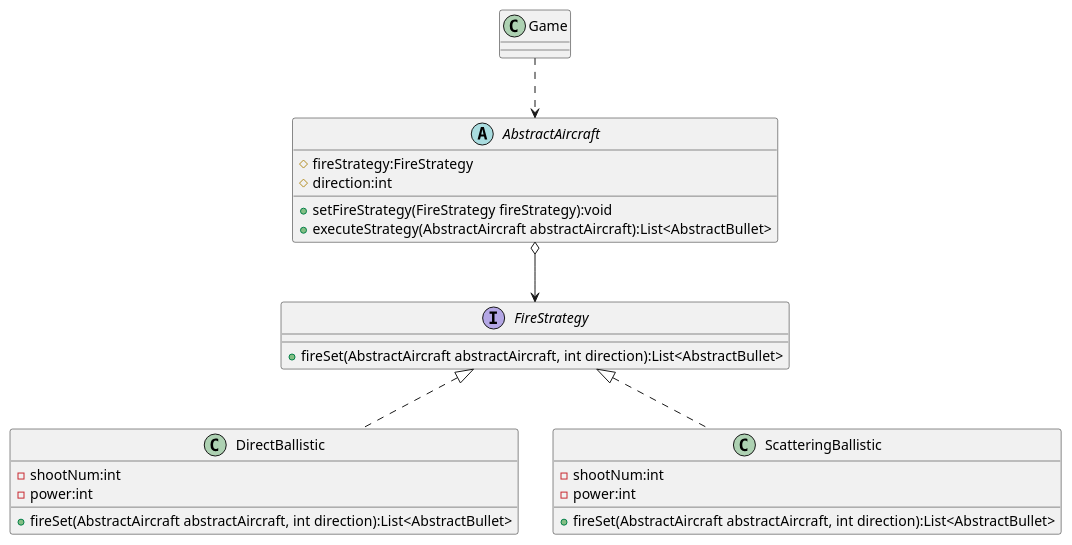
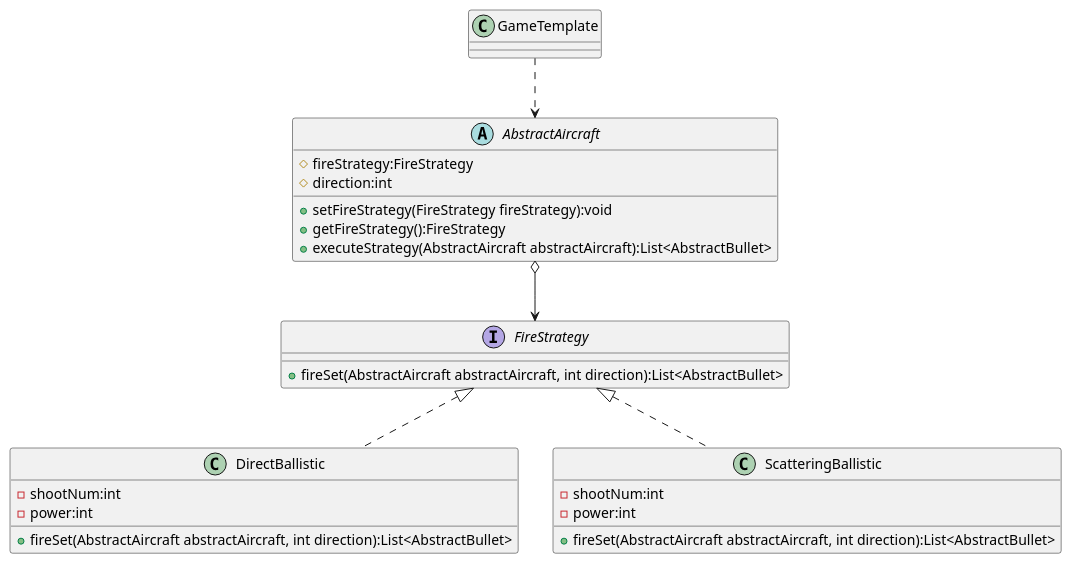
The diagram in uml/FireStrategy.puml (Straho-Chen/AircraftWar-base), drawn with PlantUML before and after one commit. The commit also changed 35 other files, not shown here.

```diff
--- a/uml/FireStrategy.puml
+++ b/uml/FireStrategy.puml
@@ -1,37 +1,38 @@
 @startuml
 'https://plantuml.com/class-diagram
 
-class Game {
+class GameTemplate {
 }
 
 interface FireStrategy {
     + fireSet(AbstractAircraft abstractAircraft, int direction):List<AbstractBullet>
 }
 
 Abstract class AbstractAircraft {
     # fireStrategy:FireStrategy
     # direction:int
     + setFireStrategy(FireStrategy fireStrategy):void
+    + getFireStrategy():FireStrategy
     + executeStrategy(AbstractAircraft abstractAircraft):List<AbstractBullet>
 }
 
 class DirectBallistic {
     - shootNum:int
     - power:int
     + fireSet(AbstractAircraft abstractAircraft, int direction):List<AbstractBullet>
 }
 
 class ScatteringBallistic {
     - shootNum:int
     - power:int
     + fireSet(AbstractAircraft abstractAircraft, int direction):List<AbstractBullet>
 }
 
-Game ..> AbstractAircraft
+GameTemplate ..> AbstractAircraft
 
 AbstractAircraft o--> FireStrategy
 
 FireStrategy <|.. DirectBallistic
 FireStrategy <|.. ScatteringBallistic
 
 @enduml
```
